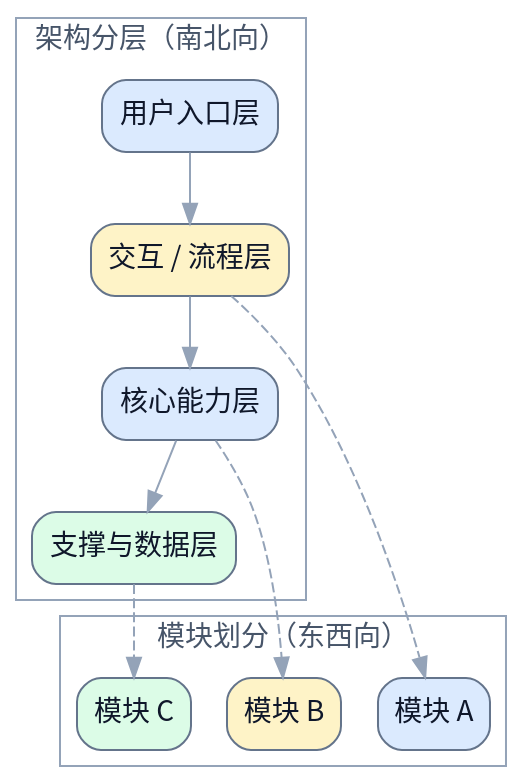
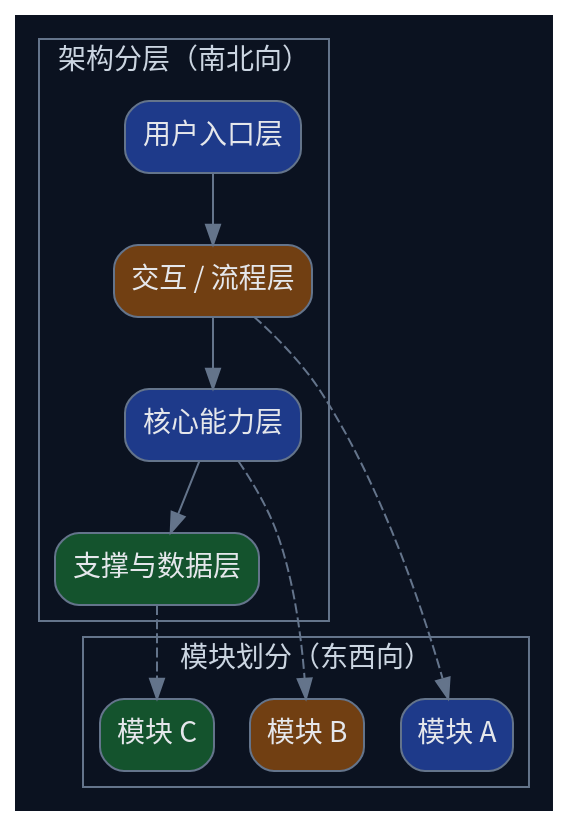
The second of 2 diagrams in skills/write-doc/modes/spec/templates/product-spec-template.md (terencefan/inority-workspace), drawn with Graphviz before and after one commit. The commit also changed other lines of this file and 45 other files, not shown here.

````diff
--- a/skills/write-doc/modes/spec/templates/product-spec-template.md
+++ b/skills/write-doc/modes/spec/templates/product-spec-template.md
@@ -91,32 +91,32 @@
 ```dot
 digraph ArchitectureOverview {
   rankdir=TB;
-  graph [bgcolor="transparent", fontname="Noto Sans CJK SC"];
-  node [fontname="Noto Sans CJK SC", shape=box, style="rounded,filled", color="#64748b", fontcolor="#0f172a", fillcolor="#f8fafc"];
-  edge [fontname="Noto Sans CJK SC", color="#94a3b8", fontcolor="#94a3b8"];
+  graph [bgcolor="#0b1220", fontname="Noto Sans CJK SC"];
+  node [fontname="Noto Sans CJK SC", shape=box, style="rounded,filled", color="#64748b", fontcolor="#e5e7eb", fillcolor="#0f172a"];
+  edge [fontname="Noto Sans CJK SC", color="#64748b", fontcolor="#64748b"];
 
   subgraph cluster_ns {
     label="架构分层（南北向）";
-    color="#94a3b8";
-    fontcolor="#475569";
-    user [label="用户入口层", fillcolor="#dbeafe"];
-    interaction [label="交互 / 流程层", fillcolor="#fef3c7"];
-    capability [label="核心能力层", fillcolor="#dbeafe"];
-    support [label="支撑与数据层", fillcolor="#dcfce7"];
+    color="#64748b";
+    fontcolor="#cbd5e1";
+    user [label="用户入口层", fillcolor="#1e3a8a"];
+    interaction [label="交互 / 流程层", fillcolor="#713f12"];
+    capability [label="核心能力层", fillcolor="#1e3a8a"];
+    support [label="支撑与数据层", fillcolor="#14532d"];
     user -> interaction -> capability -> support;
   }
 
   subgraph cluster_ew {
     label="模块划分（东西向）";
-    color="#94a3b8";
-    fontcolor="#475569";
-    moduleA [label="模块 A", fillcolor="#dbeafe"];
-    moduleB [label="模块 B", fillcolor="#fef3c7"];
-    moduleC [label="模块 C", fillcolor="#dcfce7"];
+    color="#64748b";
+    fontcolor="#cbd5e1";
+    moduleA [label="模块 A", fillcolor="#1e3a8a"];
+    moduleB [label="模块 B", fillcolor="#713f12"];
+    moduleC [label="模块 C", fillcolor="#14532d"];
   }
 
   interaction -> moduleA [style=dashed];
   capability -> moduleB [style=dashed];
   support -> moduleC [style=dashed];
 }
 ```
````
